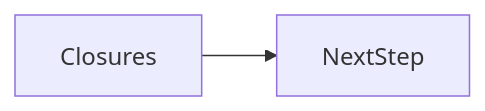
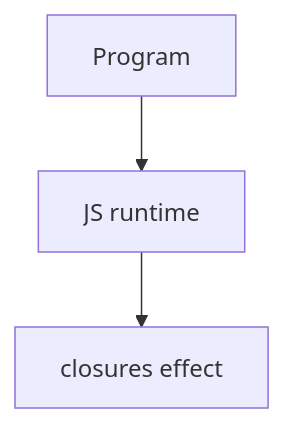
Before and after one commit to OmidJavaherii/Frontend-Engineering-Handbook: the second of 2 diagrams in docs/en/06-javascript/closures/index.md, drawn with Mermaid. The commit also changed other lines of this file and 461 other files, not shown here.

````diff
--- a/docs/en/06-javascript/closures/index.md
+++ b/docs/en/06-javascript/closures/index.md
@@ -96,4 +115,5 @@
 ```mermaid
-flowchart LR
-  concept[Closures] --> nextStep[NextStep]
+flowchart TD
+  Code[Program] --> Runtime[JS runtime]
+  Runtime --> Effect[closures effect]
 ```
````
